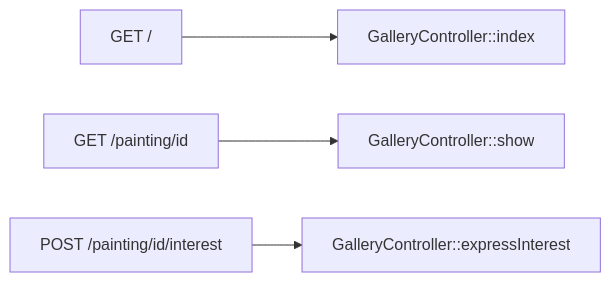
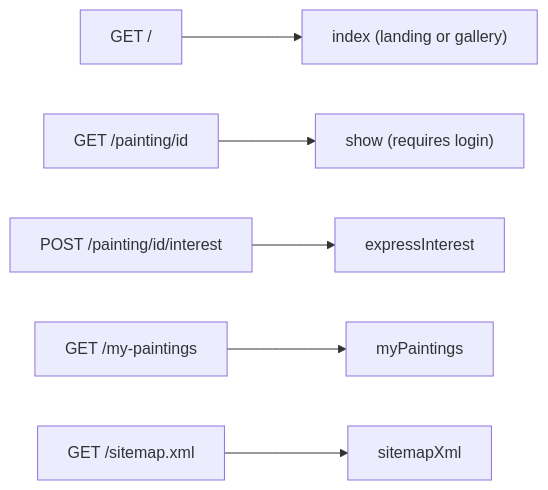
Before and after one commit to robsartin/heirloom: the tenth of 14 diagrams in doc/DEVELOPER.md, drawn with Mermaid. The commit also changed other lines of this file, not shown here.

First line of the commit message:
Add PHPDoc to all source files and update Mermaid diagrams

````diff
--- a/doc/DEVELOPER.md
+++ b/doc/DEVELOPER.md
@@ -268,6 +341,8 @@
 ```mermaid
 graph LR
-    GET_ROOT["GET /"] --> GC[GalleryController::index]
-    GET_PAINTING["GET /painting/id"] --> GC2[GalleryController::show]
-    POST_INTEREST["POST /painting/id/interest"] --> GC3[GalleryController::expressInterest]
+    GET_ROOT["GET /"] --> GC1["index (landing or gallery)"]
+    GET_PAINTING["GET /painting/id"] --> GC2["show (requires login)"]
+    POST_INTEREST["POST /painting/id/interest"] --> GC3[expressInterest]
+    GET_MY["GET /my-paintings"] --> GC4[myPaintings]
+    GET_SITEMAP["GET /sitemap.xml"] --> GC5[sitemapXml]
 ```
````
